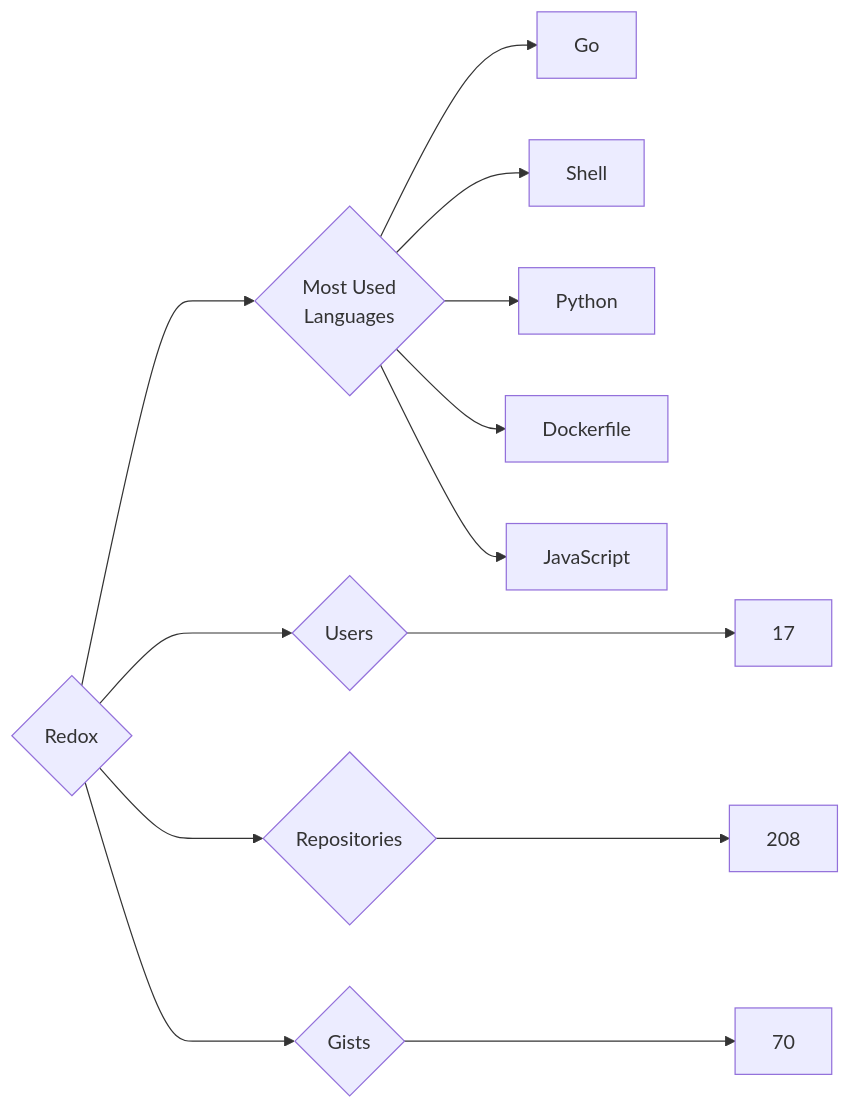
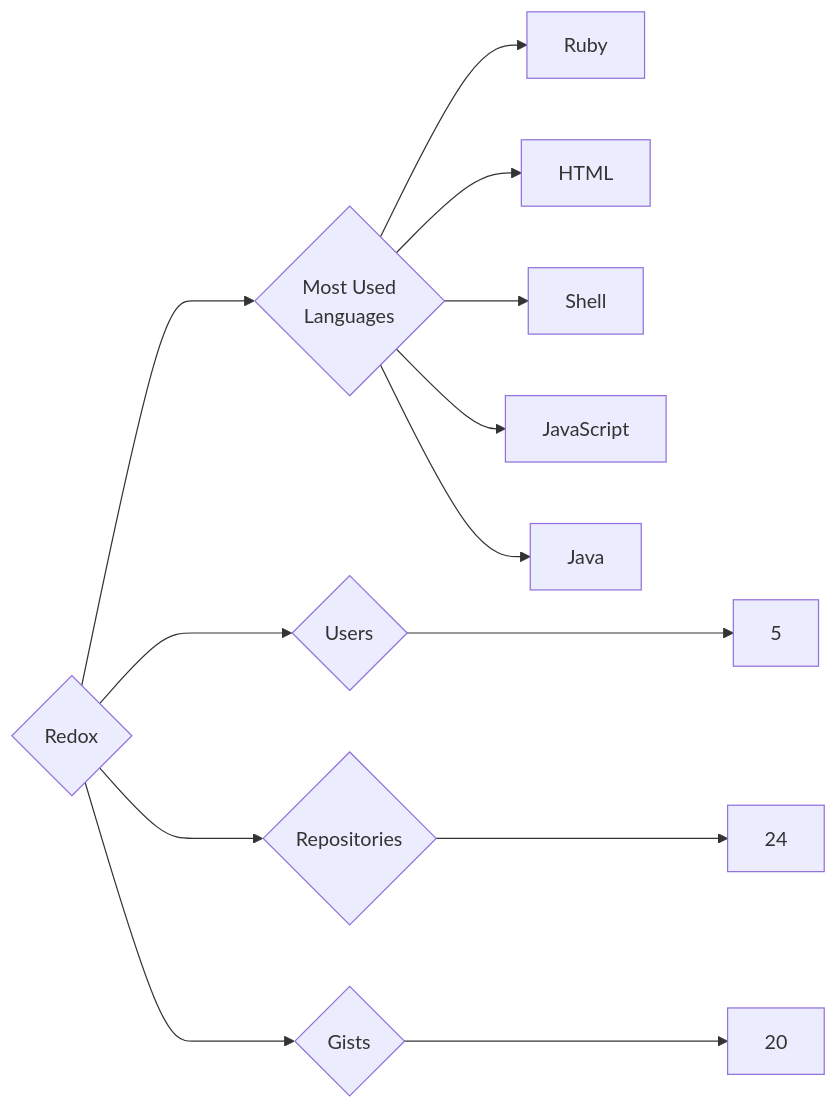
One commit to trickest/insiders changed the diagram in targets/Redox/README.md. Above: the diagram before and after it, drawn with Mermaid. The commit also changed 815 other files, not shown here.

````diff
--- a/targets/Redox/README.md
+++ b/targets/Redox/README.md
@@ -3,13 +3,13 @@
 ```mermaid
 graph LR
 COMPANY_NAME{Redox}
-COMPANY_NAME ---> U{Users} ---> UN[17]
-COMPANY_NAME ---> R{Repositories} ---> RN[208]
-COMPANY_NAME ---> G{Gists} ---> GN[70]
+COMPANY_NAME ---> U{Users} ---> UN[5]
+COMPANY_NAME ---> R{Repositories} ---> RN[24]
+COMPANY_NAME ---> G{Gists} ---> GN[20]
 COMPANY_NAME ---> ML{Most Used<br>Languages}
-ML --> Go[Go]
+ML --> Ruby[Ruby]
+ML --> HTML[HTML]
 ML --> Shell[Shell]
-ML --> Python[Python]
-ML --> Dockerfile[Dockerfile]
 ML --> JavaScript[JavaScript]
+ML --> Java[Java]
 ```
````
